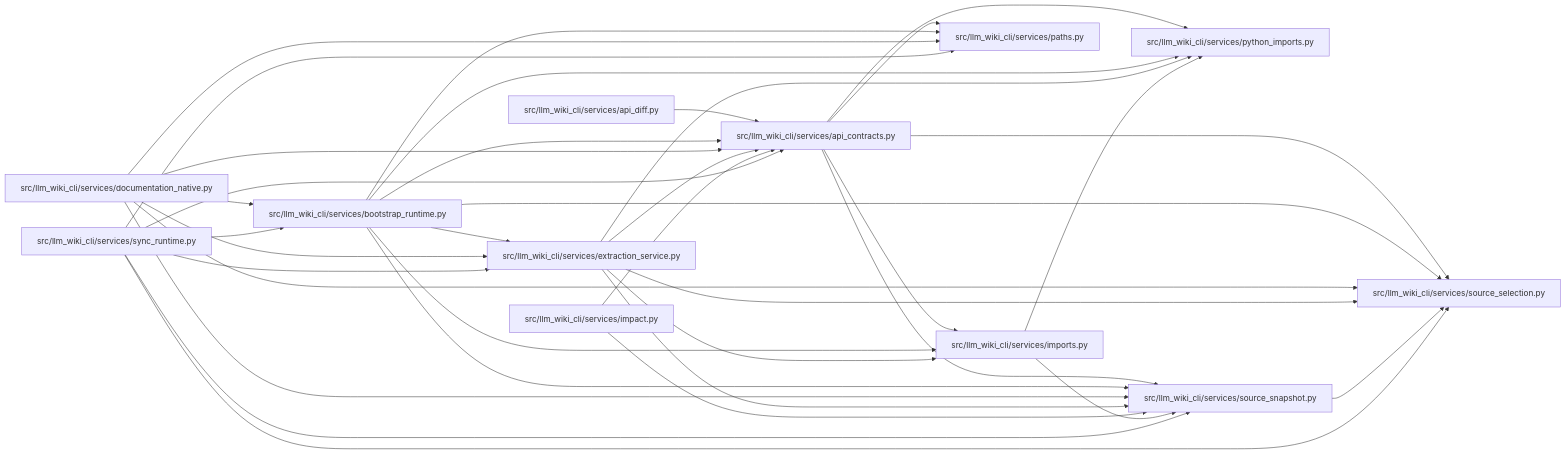
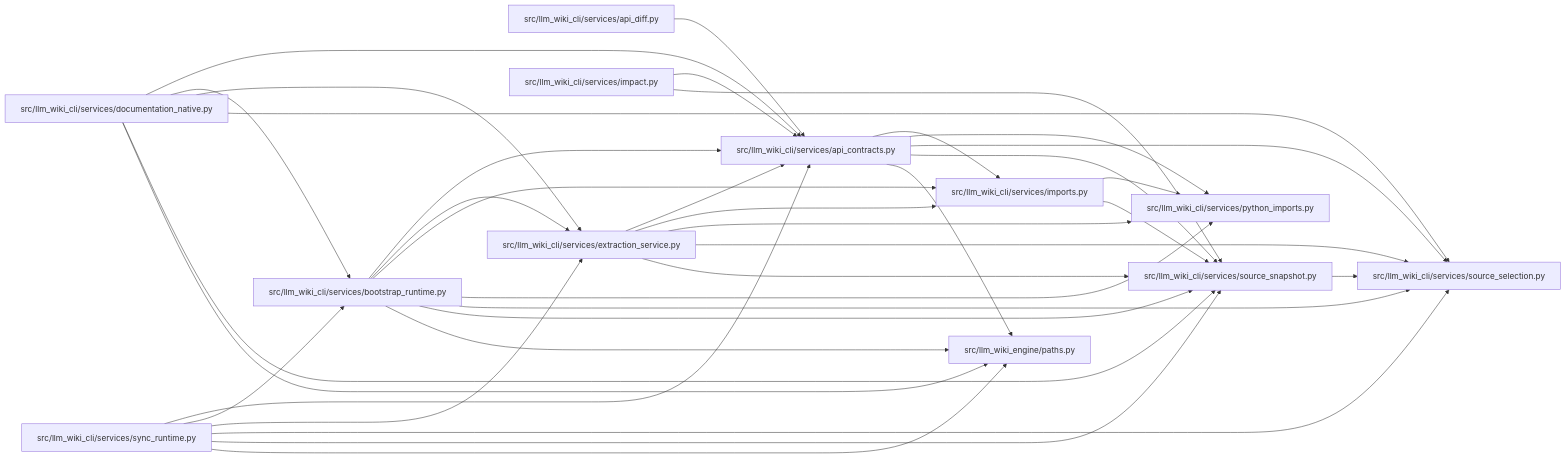
One commit to Denissvgn/python-wiki-llm changed the diagram in docs/llm_wiki/modules/api_contracts.md. Above: the diagram before and after it, drawn with Mermaid. The commit also changed other lines of this file and 1103 other files, not shown here.

First line of the commit message:
docs: refresh the wiki for the llm-wiki-engine distribution

````diff
--- a/docs/llm_wiki/modules/api_contracts.md
+++ b/docs/llm_wiki/modules/api_contracts.md
@@ -40,62 +40,62 @@
 ```mermaid
 flowchart LR
     n0["src/llm_wiki_cli/services/api_contracts.py"]
     n1["src/llm_wiki_cli/services/api_diff.py"]
     n2["src/llm_wiki_cli/services/bootstrap_runtime.py"]
     n3["src/llm_wiki_cli/services/documentation_native.py"]
     n4["src/llm_wiki_cli/services/extraction_service.py"]
     n5["src/llm_wiki_cli/services/impact.py"]
     n6["src/llm_wiki_cli/services/imports.py"]
-    n7["src/llm_wiki_cli/services/paths.py"]
-    n8["src/llm_wiki_cli/services/python_imports.py"]
-    n9["src/llm_wiki_cli/services/source_selection.py"]
-    n10["src/llm_wiki_cli/services/source_snapshot.py"]
-    n11["src/llm_wiki_cli/services/sync_runtime.py"]
+    n7["src/llm_wiki_cli/services/python_imports.py"]
+    n8["src/llm_wiki_cli/services/source_selection.py"]
+    n9["src/llm_wiki_cli/services/source_snapshot.py"]
+    n10["src/llm_wiki_cli/services/sync_runtime.py"]
+    n11["src/llm_wiki_engine/paths.py"]
     n0 --> n6
     n0 --> n7
     n0 --> n8
     n0 --> n9
-    n0 --> n10
+    n0 --> n11
     n1 --> n0
     n2 --> n0
     n2 --> n4
     n2 --> n6
     n2 --> n7
     n2 --> n8
     n2 --> n9
-    n2 --> n10
+    n2 --> n11
     n3 --> n0
     n3 --> n2
     n3 --> n4
-    n3 --> n7
+    n3 --> n8
     n3 --> n9
-    n3 --> n10
+    n3 --> n11
     n4 --> n0
     n4 --> n6
+    n4 --> n7
     n4 --> n8
     n4 --> n9
-    n4 --> n10
     n5 --> n0
-    n5 --> n10
-    n6 --> n8
-    n6 --> n10
+    n5 --> n9
+    n6 --> n7
+    n6 --> n9
+    n9 --> n8
+    n10 --> n0
+    n10 --> n2
+    n10 --> n4
+    n10 --> n8
     n10 --> n9
-    n11 --> n0
-    n11 --> n2
-    n11 --> n4
-    n11 --> n7
-    n11 --> n9
-    n11 --> n10
+    n10 --> n11
     click n0 "../modules/api_contracts.md"
     click n1 "../modules/api_diff.md"
     click n2 "../modules/bootstrap_runtime.md"
     click n3 "../modules/documentation_native.md"
     click n4 "../modules/extraction_service.md"
     click n5 "../modules/impact.md"
     click n6 "../modules/imports.md"
-    click n7 "../modules/paths.md"
-    click n8 "../modules/python_imports.md"
-    click n9 "../modules/source_selection.md"
-    click n10 "../modules/source_snapshot.md"
-    click n11 "../modules/sync_runtime.md"
+    click n7 "../modules/python_imports.md"
+    click n8 "../modules/source_selection.md"
+    click n9 "../modules/source_snapshot.md"
+    click n10 "../modules/sync_runtime.md"
+    click n11 "../modules/paths.md"
 ```
````
